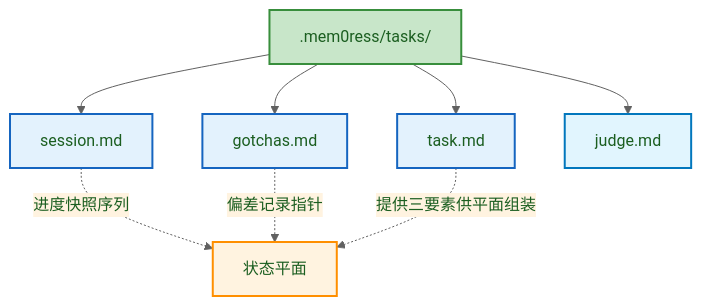
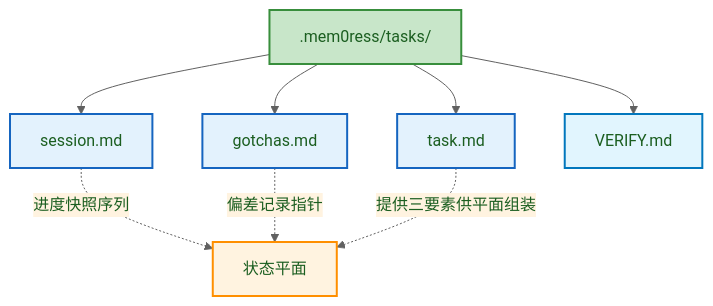
One commit to Lazyn0tBug/mem0ress changed the seventh of 8 diagrams in docs/claude/spec_claude_revision.md. Above: the diagram before and after it, drawn with Mermaid. The commit also changed other lines of this file and 5 other files, not shown here.

Commit message:
refactor(docs): naming convention — SPEC/PROTOCOL/SCHEMA/VERIFY uppercase; templates/verify.md lowercase

````diff
--- a/docs/claude/spec_claude_revision.md
+++ b/docs/claude/spec_claude_revision.md
@@ -372,29 +372,29 @@
 ```mermaid
 %% label：.mem0ress 文件树与概念映射
 %%{ init: { 'theme': 'base', 'themeVariables': { 'primaryColor': '#e8f5e9', 'primaryTextColor': '#1b5e20', 'primaryBorderColor': '#388e3c', 'lineColor': '#616161', 'secondaryColor': '#fff3e0' } } }%%
 graph TD
     ROOT[".mem0ress/tasks/"]
     TMPL["task.md"]
     SESS["session.md"]
     GOT["gotchas.md"]
-    JDG["judge.md"]
+    JDG["VERIFY.md"]
 
     ROOT --> TMPL
     ROOT --> SESS
     ROOT --> GOT
     ROOT --> JDG
 
     SESS -.->|进度快照序列| SP["状态平面"]
     GOT -.->|偏差记录指针| SP
     TMPL -.->|提供三要素供平面组装| SP
 
     classDef dir fill:#c8e6c9,stroke:#388e3c,stroke-width:2px;
     classDef file fill:#e3f2fd,stroke:#1565c0,stroke-width:2px;
     classDef judge fill:#e1f5fe,stroke:#0277bd,stroke-width:2px;
     classDef plane fill:#fff3e0,stroke:#ff8f00,stroke-width:2px;
     classDef ref fill:#fff3e0,stroke:#ff8f00,stroke-width:1px,stroke-dasharray:5,5;
     class ROOT dir;
     class TMPL,SESS,GOT file;
     class JDG judge;
     class SP plane;
 ```
````
